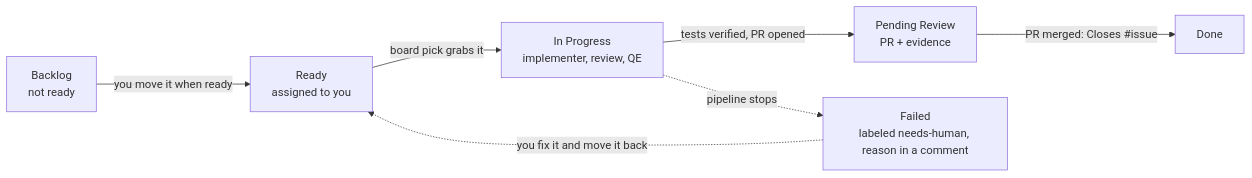
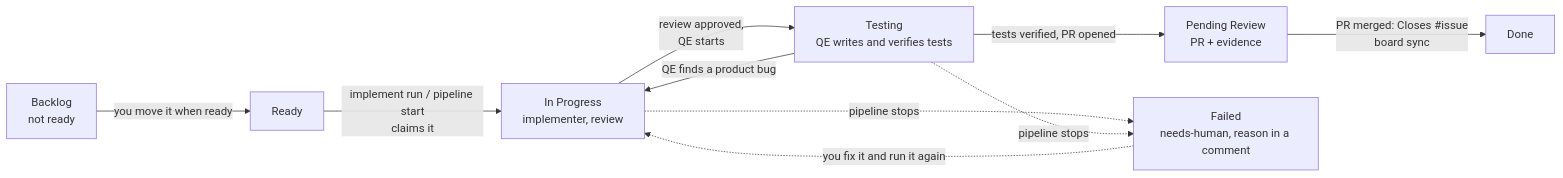
One commit to armandodollia-slalom/AI-Immersion-eShop changed the diagram in docs/ai-pipeline/board.md. Above: the diagram before and after it, drawn with Mermaid. The commit also changed other lines of this file and 17 other files, not shown here.

First line of the commit message:
Drive board lanes from pipeline events; add Testing lane, board sync, epic evidence; remove board pick

````diff
--- a/docs/ai-pipeline/board.md
+++ b/docs/ai-pipeline/board.md
@@ -7,9 +7,12 @@
 ```mermaid
 flowchart LR
-  B[Backlog<br/>not ready] -->|you move it when ready| T[Ready<br/>assigned to you]
-  T -->|board pick grabs it| P[In Progress<br/>implementer, review, QE]
-  P -->|tests verified, PR opened| R[Pending Review<br/>PR + evidence]
-  R -->|PR merged: Closes #issue| D[Done]
-  P -.->|pipeline stops| F[Failed<br/>labeled needs-human, reason in a comment]
-  F -.->|you fix it and move it back| T
+  B[Backlog<br/>not ready] -->|you move it when ready| T[Ready]
+  T -->|implement run / pipeline start<br/>claims it| P[In Progress<br/>implementer, review]
+  P -->|review approved,<br/>QE starts| Q[Testing<br/>QE writes and verifies tests]
+  Q -->|QE finds a product bug| P
+  Q -->|tests verified, PR opened| R[Pending Review<br/>PR + evidence]
+  R -->|PR merged: Closes #issue<br/>board sync| D[Done]
+  P -.->|pipeline stops| F[Failed<br/>needs-human, reason in a comment]
+  Q -.->|pipeline stops| F
+  F -.->|you fix it and run it again| P
 ```
````
